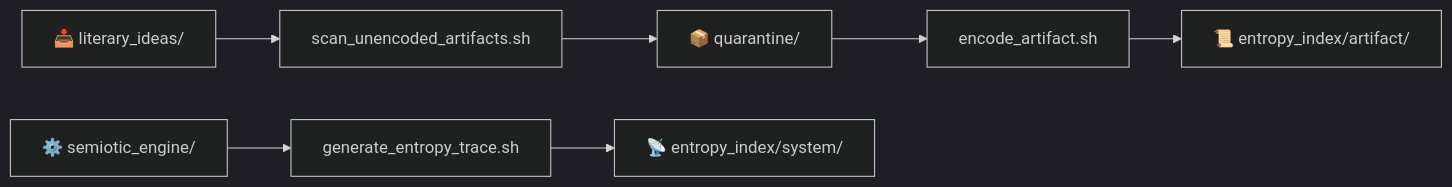
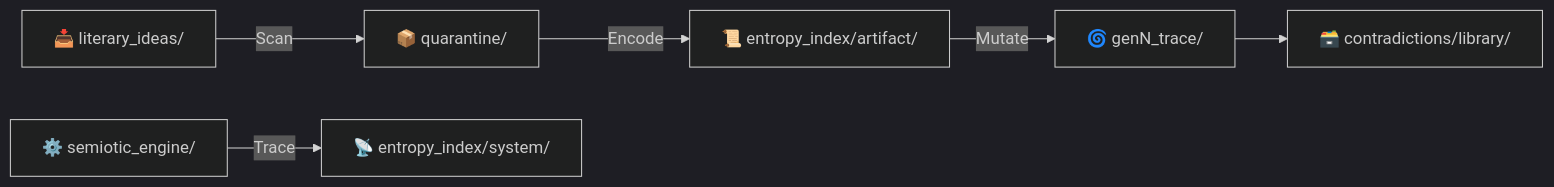
Before and after one commit to soyuz43/Symbolic-Grammar-Interpreter: the second of 3 diagrams in philosophy/docs/README.md, drawn with Mermaid (dark theme). The commit also changed other lines of this file and 25 other files, not shown here.

````diff
--- a/philosophy/docs/README.md
+++ b/philosophy/docs/README.md
@@ -37,13 +39,8 @@
 ```mermaid
 flowchart LR
-    A[📥 literary_ideas/] --> B[scan_unencoded_artifacts.sh]
-    B --> C[📦 quarantine/]
-    C --> D[encode_artifact.sh]
-    D --> E[📜 entropy_index/artifact/]
-    F[⚙️ semiotic_engine/] --> G[generate_entropy_trace.sh]
-    G --> H[📡 entropy_index/system/]
-    
-    click B "USAGE.md#scan" "Scan protocol"
-    click D "USAGE.md#encode" "Encoding workflow"
-    click G "USAGE.md#system" "System tracing"
+    A[📥 literary_ideas/] -->|Scan| B[📦 quarantine/]
+    B -->|Encode| C[📜 entropy_index/artifact/]
+    C -->|Mutate| D[🌀 genN_trace/]
+    E[⚙️ semiotic_engine/] -->|Trace| F[📡 entropy_index/system/]
+    D --> G[🗃️ contradictions/library/]
 ```
````
